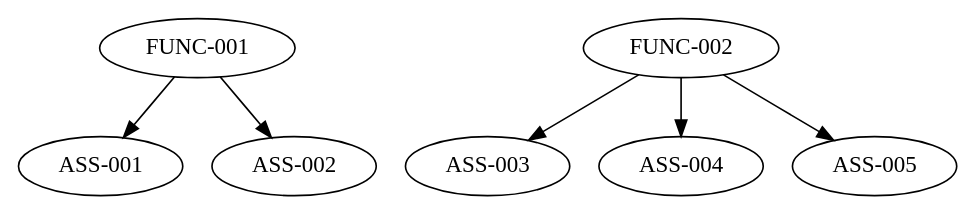
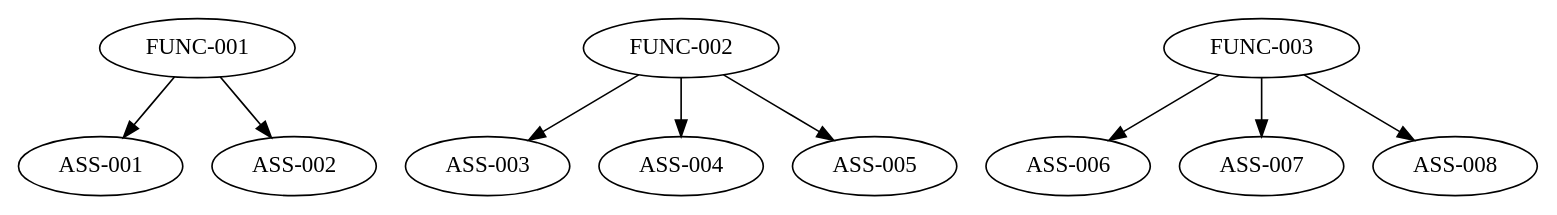
The diagram in .dotstop.dot (SEAME-pt/Team5_Senna_Tech), drawn with Graphviz before and after one commit. The commit also changed 4 other files, not shown here.

```diff
--- a/.dotstop.dot
+++ b/.dotstop.dot
@@ -1,17 +1,24 @@
 # This file is automatically generated by dotstop and should not be edited manually.
 # Generated using trustable 2025.10.22.
 
 digraph G {
 "FUNC-001" [sha="4b0c44a7bc5ffb7397af226c1cef7051d97b010ee3e37790f7888781e1f821e6"];
 "ASS-001" [sha="1c7098f004918eb922a6f970bcc6e24d73d5707541f504e977737d6f66799d92"];
 "ASS-002" [sha="91af5187968cd90fcfd7e5ed668c460c406df6c16230960652d03a8bab2153c8"];
 "ASS-003" [sha="7e6ea3173498d264ece5fe4c87841e9dec23623c2fd36c27ef671133f09c1400"];
 "ASS-004" [sha="66f2b5973b1cdef5d772fc763c2b49b8842e54dfca9bae85d03b0c49151d7bf3"];
 "ASS-005" [sha="70d99902e59b27dddc476aa1364e399198e67090bc08c3ede14d9732e05ae5b4"];
+"ASS-006" [sha="8e4101e618ab85ce0f798b7f105689e42567cd90f9ca3008ebc043aac2b7bcb2"];
+"ASS-007" [sha="6d04119295aa25ae1b2f49bd632b02ad7fcc63fb04d093830c7d1047df27d30c"];
+"ASS-008" [sha="574c9fbe1ed1d8146126ade03b031ee70d2def0a921dd2a490f0ce2c9fe2a153"];
 "FUNC-002" [sha="df7dd733cbee8fd5209fbe60fb4e167fd153849bac6ee58c87f1c204dc88069f"];
+"FUNC-003" [sha="c6810f5afb1030a07b7ee5d201f72c596bbf5d644ac3cccde4652a433d1b1d6d"];
 "FUNC-001" -> "ASS-001" [sha="9ecfb583ca110908b74cffb8598600b471049d4178a3e340525756be7d79af1d"];
 "FUNC-001" -> "ASS-002" [sha="bb0a0db7d164c82af6241088eba6c118468f88c6dc8eac918e4aa59cc001d248"];
 "FUNC-002" -> "ASS-003" [sha="b9fd7a150419cd45981f9c868015e7542f897860c67385a418e8e21883b2d1f0"];
 "FUNC-002" -> "ASS-004" [sha="9d115a7a093857a0e0673b895b11f34a14c6ac4f89089d5f959b0c54b40e2328"];
 "FUNC-002" -> "ASS-005" [sha="5a8768612064b08b02fc5b72489cc5f29295744418db7ccf106c564efa77790f"];
+"FUNC-003" -> "ASS-006" [sha="7e0352ea806380abb20f6309f3ccbf21c27326e2d82285f03d2b42d0f78658af"];
+"FUNC-003" -> "ASS-007" [sha="f7407f1be9338076d373facbb8c8acdbe300f79ee751ac4d60a1d9e8e50b3930"];
+"FUNC-003" -> "ASS-008" [sha="55f92e2f3f252812884ef784e3b184d8875ecf319640fabad3983d7cc4844302"];
 }
```
